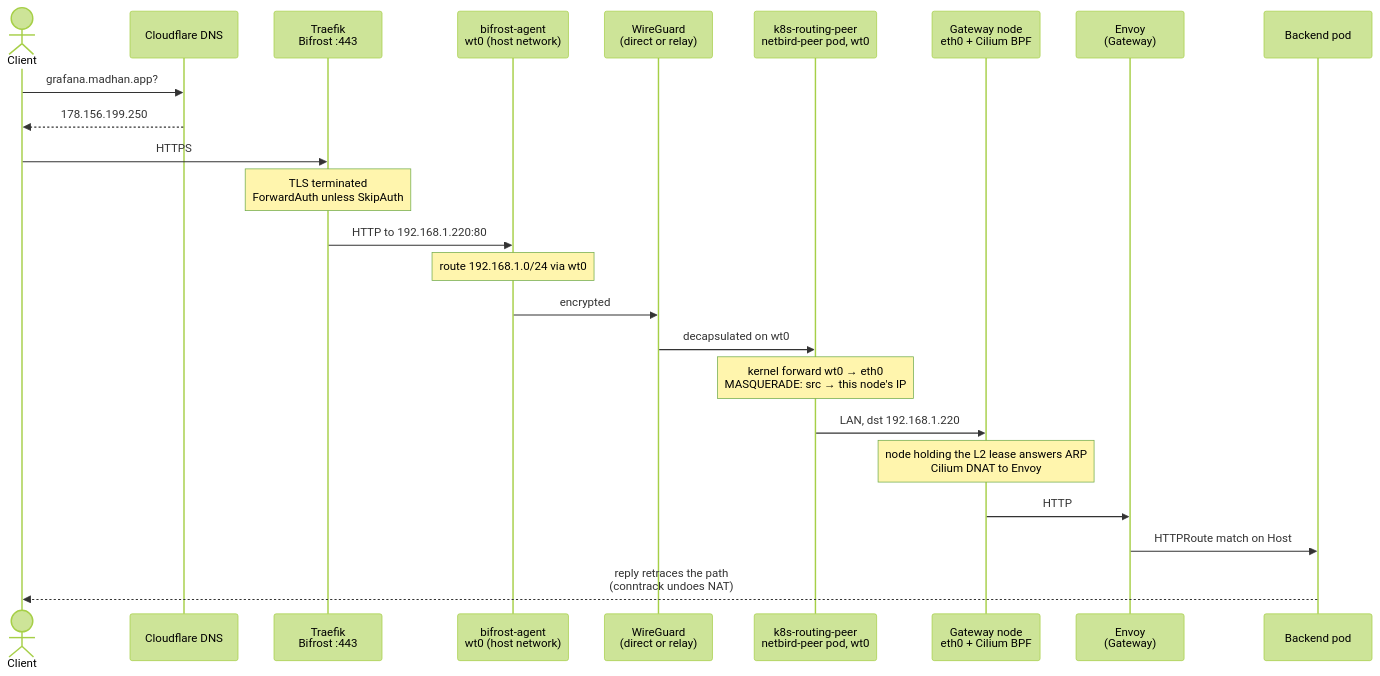
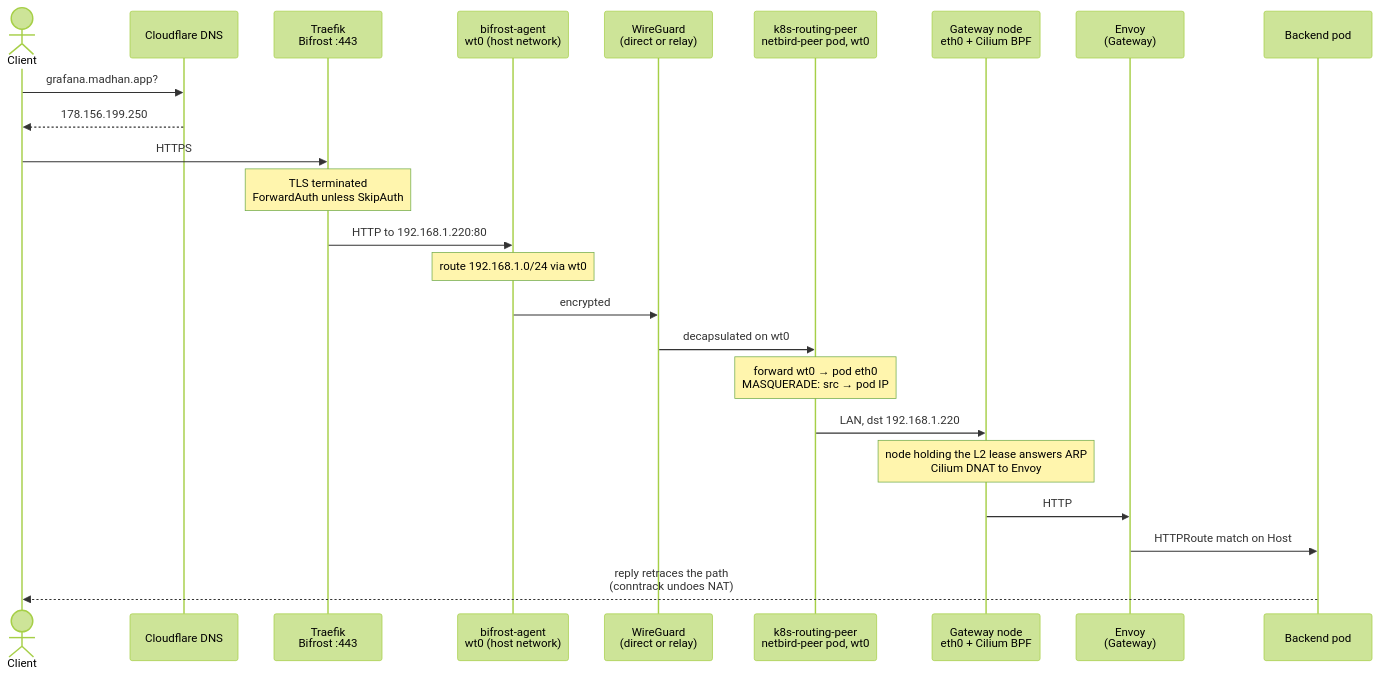
Before and after one commit to madhank93/homelab: the first of 3 diagrams in docs/src/content/docs/concepts/traffic.mdx, drawn with Mermaid (forest theme). The commit also changed other lines of this file and 6 other files, not shown here.

````diff
--- a/docs/src/content/docs/concepts/traffic.mdx
+++ b/docs/src/content/docs/concepts/traffic.mdx
@@ -33,27 +33,27 @@
 ```mermaid
 sequenceDiagram
     actor C as Client
     participant DNS as Cloudflare DNS
     participant TR as Traefik<br/>Bifrost :443
     participant BA as bifrost-agent<br/>wt0 (host network)
     participant WG as WireGuard<br/>(direct or relay)
     participant NP as k8s-routing-peer<br/>netbird-peer pod, wt0
     participant ETH as Gateway node<br/>eth0 + Cilium BPF
     participant EN as Envoy<br/>(Gateway)
     participant P as Backend pod
 
     C->>DNS: grafana.madhan.app?
     DNS-->>C: 178.156.199.250
     C->>TR: HTTPS
     Note over TR: TLS terminated<br/>ForwardAuth unless SkipAuth
     TR->>BA: HTTP to 192.168.1.220:80
     Note over BA: route 192.168.1.0/24 via wt0
     BA->>WG: encrypted
     WG->>NP: decapsulated on wt0
-    Note over NP: kernel forward wt0 → eth0<br/>MASQUERADE: src → this node's IP
+    Note over NP: forward wt0 → pod eth0<br/>MASQUERADE: src → pod IP
     NP->>ETH: LAN, dst 192.168.1.220
     Note over ETH: node holding the L2 lease answers ARP<br/>Cilium DNAT to Envoy
     ETH->>EN: HTTP
     EN->>P: HTTPRoute match on Host
     P-->>C: reply retraces the path<br/>(conntrack undoes NAT)
 ```
````
